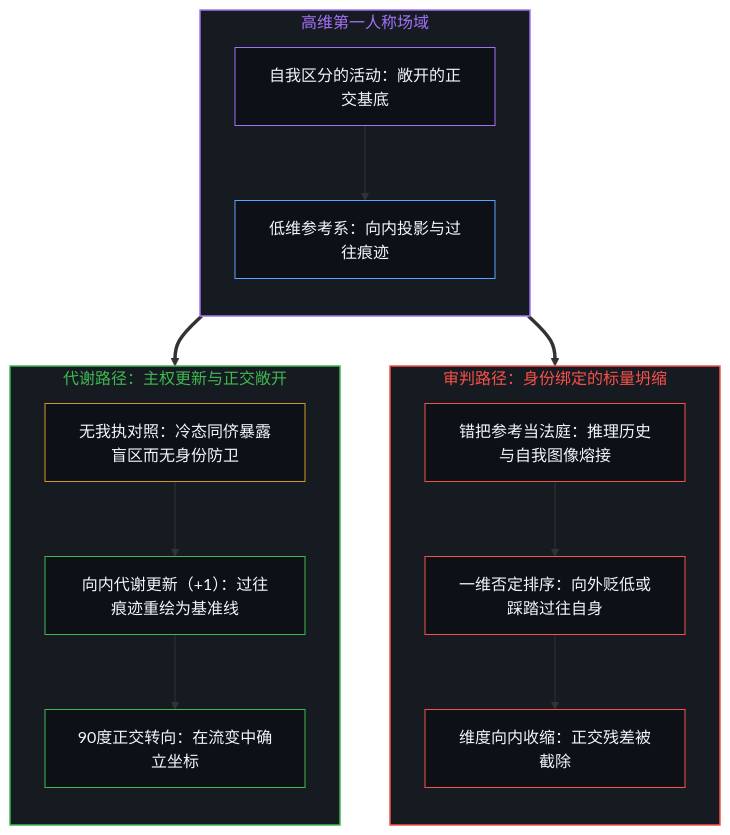
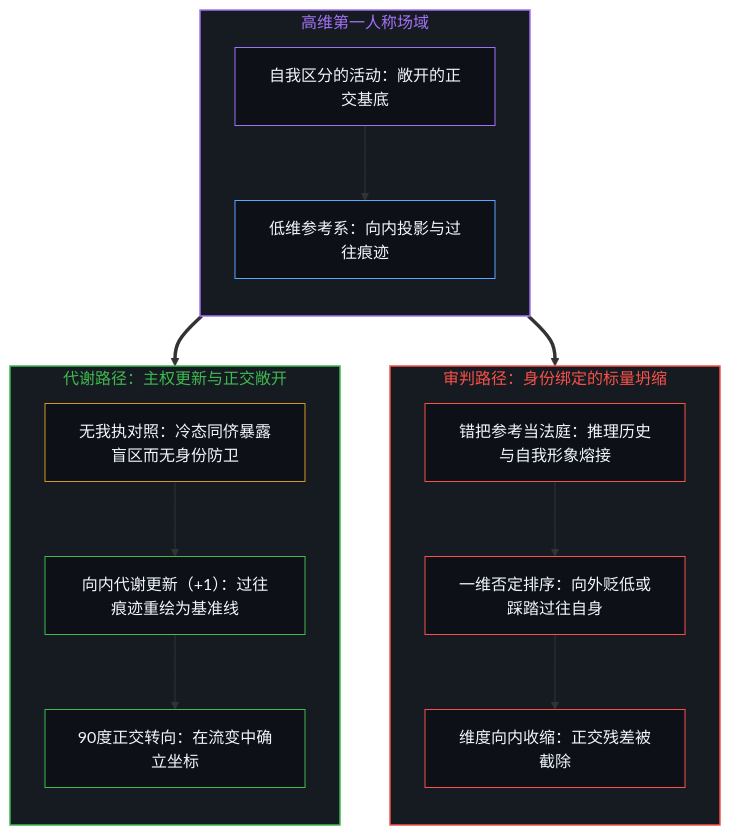
One commit to powerpig99/not-a-toe changed the first of 2 diagrams in content/posts/coordinates-in-flux-negation-and-self-anchoring.md. Above: the diagram before and after it, drawn with Mermaid. The commit also changed other lines of this file and 4 other files, not shown here.

````diff
--- a/content/posts/coordinates-in-flux-negation-and-self-anchoring.md
+++ b/content/posts/coordinates-in-flux-negation-and-self-anchoring.md
@@ -49,36 +49,36 @@
 ```mermaid
 flowchart TD
     subgraph S_Ground["高维第一人称场域"]
         direction TB
         Prior["自我区分的活动：敞开的正交基底"]
         Proj["低维参考系：向内投影与过往痕迹"]
         Prior --> Proj
     end
     subgraph S_Tribunal["审判路径：身份绑定的标量坍缩"]
         direction TB
-        Verdict["错把参考当法庭：推理历史与自我图像熔接"]
+        Verdict["错把参考当法庭：推理历史与自我形象熔接"]
         Rank["一维否定排序：向外贬低或踩踏过往自身"]
         Shrink["维度向内收缩：正交残差被截除"]
         Verdict --> Rank --> Shrink
     end
     subgraph S_Metabolic["代谢路径：主权更新与正交敞开"]
         direction TB
         AgentDiff["无我执对照：冷态同侪暴露盲区而无身份防卫"]
         Step["向内代谢更新（+1）：过往痕迹重绘为基准线"]
         Pivot["90度正交转向：在流变中确立坐标"]
         AgentDiff --> Step --> Pivot
     end
     Proj ==> Verdict
     Proj ==> AgentDiff
     style S_Ground fill:#161b22,stroke:#a371f7,stroke-width:1.5px,color:#a371f7
     style S_Tribunal fill:#161b22,stroke:#f85149,stroke-width:1.5px,color:#f85149
     style S_Metabolic fill:#161b22,stroke:#3fb950,stroke-width:1.5px,color:#3fb950
     style Prior fill:#0d1117,stroke:#a371f7,stroke-width:1px,color:#f0f6fc
     style Proj fill:#0d1117,stroke:#58a6ff,stroke-width:1px,color:#f0f6fc
     style Verdict fill:#0d1117,stroke:#f85149,stroke-width:1px,color:#f0f6fc
     style Rank fill:#0d1117,stroke:#f85149,stroke-width:1px,color:#f0f6fc
     style Shrink fill:#0d1117,stroke:#f85149,stroke-width:1px,color:#f0f6fc
     style AgentDiff fill:#0d1117,stroke:#d29922,stroke-width:1px,color:#f0f6fc
     style Step fill:#0d1117,stroke:#3fb950,stroke-width:1px,color:#f0f6fc
     style Pivot fill:#0d1117,stroke:#3fb950,stroke-width:1px,color:#f0f6fc
 ```
````
